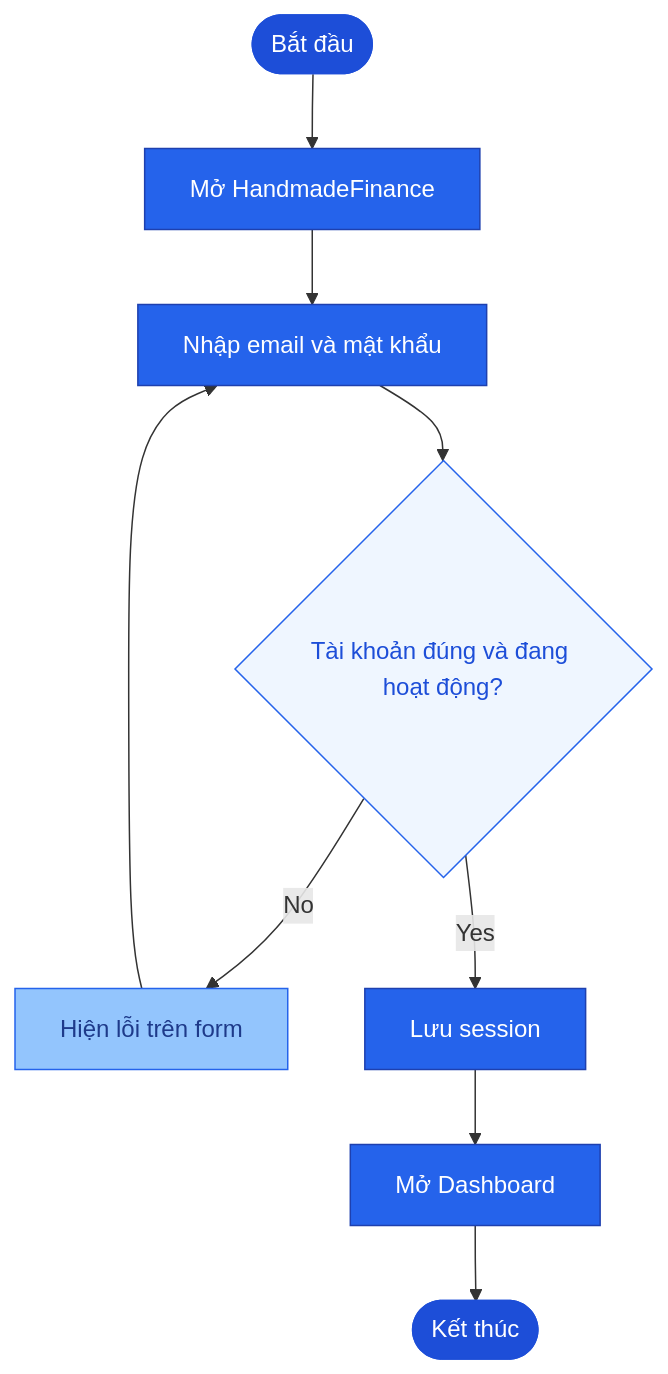
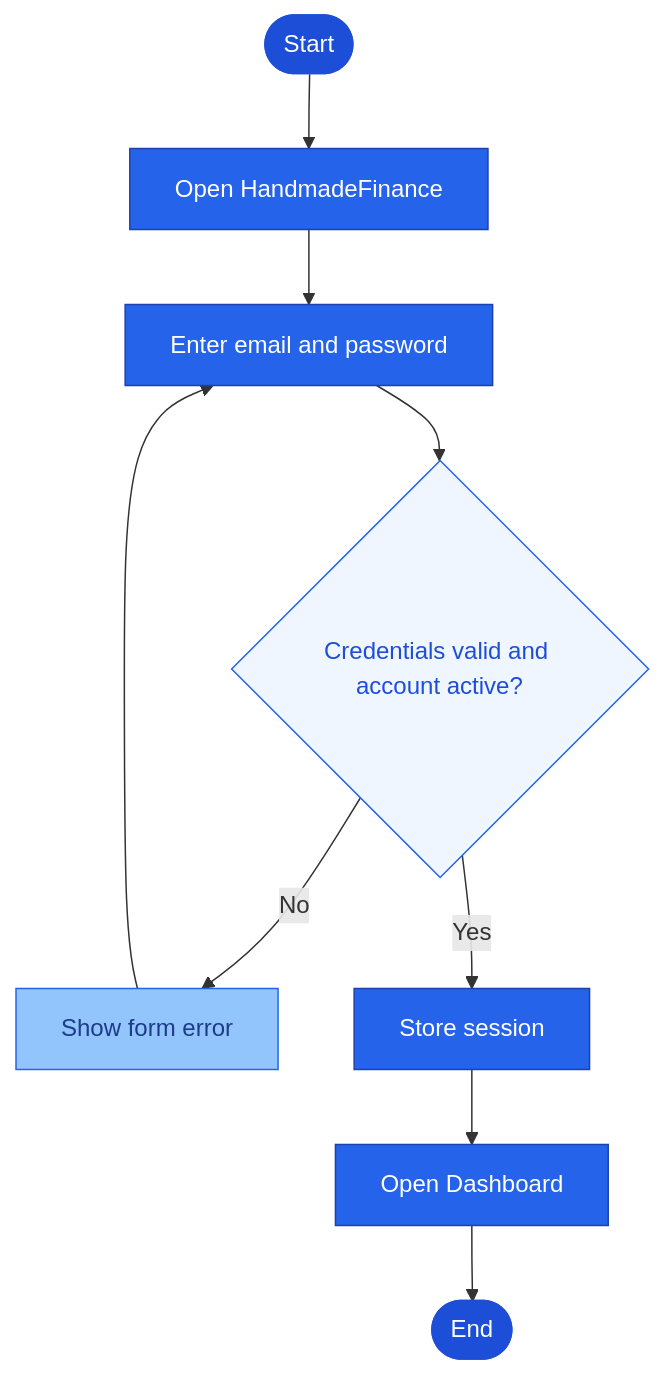
Before and after one commit to PhamHiep948/finance-manager: the first of 6 diagrams in README.md, drawn with Mermaid. The commit also changed other lines of this file and 30 other files, not shown here.

Commit message:
Add ESSENTIAL arc42 architecture docs with context, container, and component diagrams, and update the C4 views and project documentation.

````diff
--- a/README.md
+++ b/README.md
@@ -57,20 +57,20 @@
 ```mermaid
 flowchart TD
-  S([Bắt đầu]) --> A[Mở HandmadeFinance]
-  A --> B[Nhập email và mật khẩu]
-  B --> C{Tài khoản đúng và đang hoạt động?}
-  C -->|No| D[Hiện lỗi trên form]
+  S([Start]) --> A[Open HandmadeFinance]
+  A --> B[Enter email and password]
+  B --> C{Credentials valid and account active?}
+  C -->|No| D[Show form error]
   D --> B
-  C -->|Yes| E[Lưu session]
-  E --> F[Mở Dashboard]
-  F --> END([Kết thúc])
+  C -->|Yes| E[Store session]
+  E --> F[Open Dashboard]
+  F --> END([End])
 
   classDef startEnd fill:#1D4ED8,stroke:#1D4ED8,color:#fff
   classDef step fill:#2563EB,stroke:#1E40AF,color:#fff
   classDef stepLite fill:#93C5FD,stroke:#2563EB,color:#1E3A8A
   classDef decision fill:#EFF6FF,stroke:#2563EB,color:#1D4ED8
   class S,END startEnd
   class A,B,E,F step
   class D stepLite
   class C decision
 ```
````
